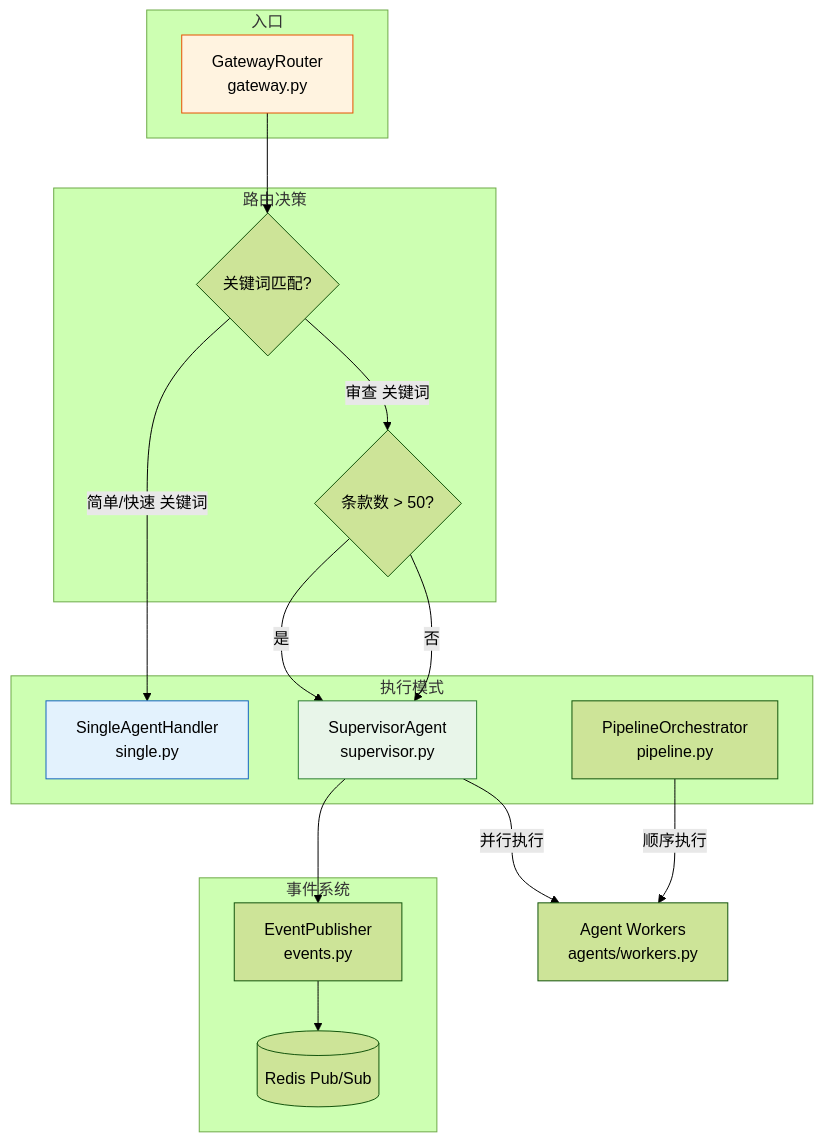
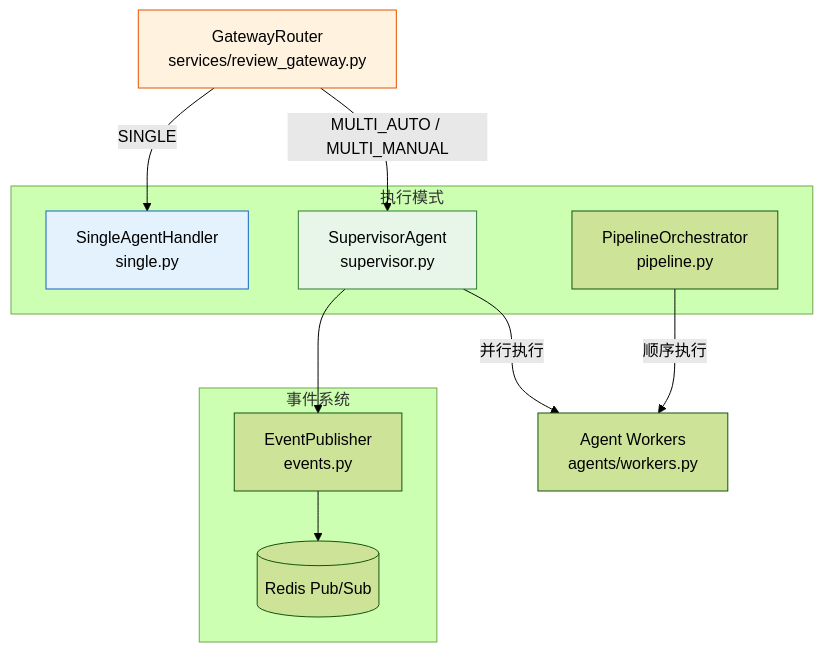
One commit to xianingawa-wq/contract-agent changed the eighth of 18 diagrams in docs/architecture.md. Above: the diagram before and after it, drawn with Mermaid (forest theme). The commit also changed other lines of this file and 16 other files, not shown here.

````diff
--- a/docs/architecture.md
+++ b/docs/architecture.md
@@ -581,36 +584,26 @@
 ```mermaid
 graph TB
-    subgraph 入口
-        GW[GatewayRouter<br/>gateway.py]
-    end
-
-    subgraph 路由决策
-        KW{关键词匹配?}
-        CC{条款数 > 50?}
-    end
+    GW[GatewayRouter<br/>services/review_gateway.py]
 
     subgraph 执行模式
         SINGLE[SingleAgentHandler<br/>single.py]
         SUPERVISOR[SupervisorAgent<br/>supervisor.py]
         PIPELINE[PipelineOrchestrator<br/>pipeline.py]
     end
 
     subgraph 事件系统
         EVENTS[EventPublisher<br/>events.py]
         REDIS[(Redis Pub/Sub)]
     end
 
-    GW --> KW
-    KW -->|简单/快速 关键词| SINGLE
-    KW -->|审查 关键词| CC
-    CC -->|是| SUPERVISOR
-    CC -->|否| SUPERVISOR
+    GW -->|SINGLE| SINGLE
+    GW -->|MULTI_AUTO / MULTI_MANUAL| SUPERVISOR
     SUPERVISOR -->|并行执行| AGENTS[Agent Workers<br/>agents/workers.py]
     PIPELINE -->|顺序执行| AGENTS
     EVENTS --> REDIS
     SUPERVISOR --> EVENTS
 
     style GW fill:#fff3e0,stroke:#e65100
     style SUPERVISOR fill:#e8f5e9,stroke:#2e7d32
     style SINGLE fill:#e3f2fd,stroke:#1565c0
 ```
````
